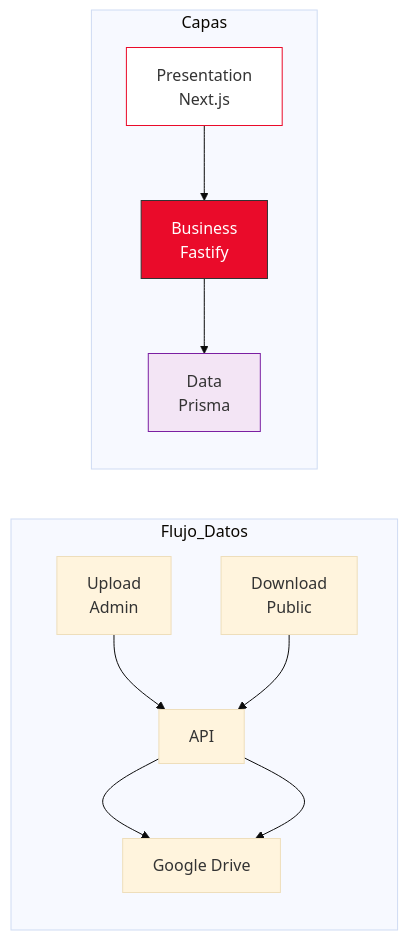
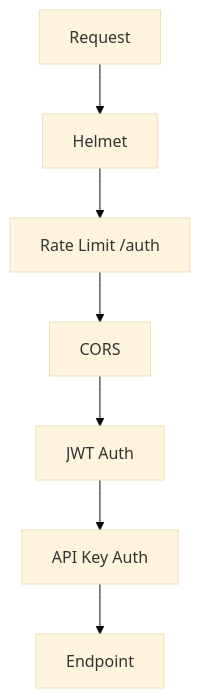
One commit to SopHardware/repositorio-drivers changed the second of 3 diagrams in README.md. Above: the diagram before and after it, drawn with Mermaid (base theme). The commit also changed other lines of this file, not shown here.

````diff
--- a/README.md
+++ b/README.md
@@ -34,20 +162,9 @@
 ```mermaid
-flowchart LR
-    subgraph Flujo_Datos
-        S[Upload<br/>Admin] --> API --> GD[Google Drive]
-        R[Download<br/>Public] --> API --> GD
-    end
-    
-    subgraph Capas
-        P[Presentation<br/>Next.js]
-        B[Business<br/>Fastify]
-        D[Data<br/>Prisma]
-    end
-    
-    P --> B
-    B --> D
-    
-    style P fill:#fff,stroke:#EA0B2A
-    style B fill:#EA0B2A,stroke:#333,color:#fff
-    style D fill:#f3e5f5,stroke:#7b1fa2
+graph TD
+    A[Request] --> B[Helmet]
+    B --> C[Rate Limit /auth]
+    C --> D[CORS]
+    D --> E[JWT Auth]
+    E --> F[API Key Auth]
+    F --> G[Endpoint]
 ```
````
